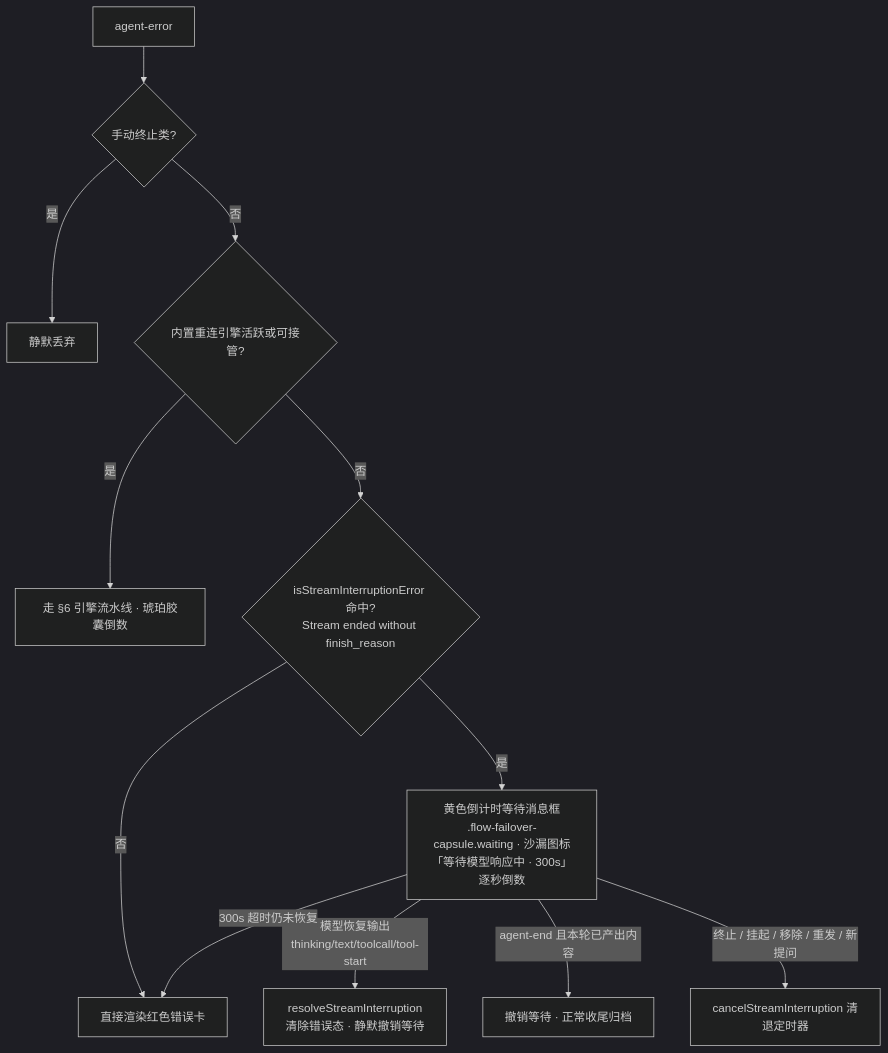
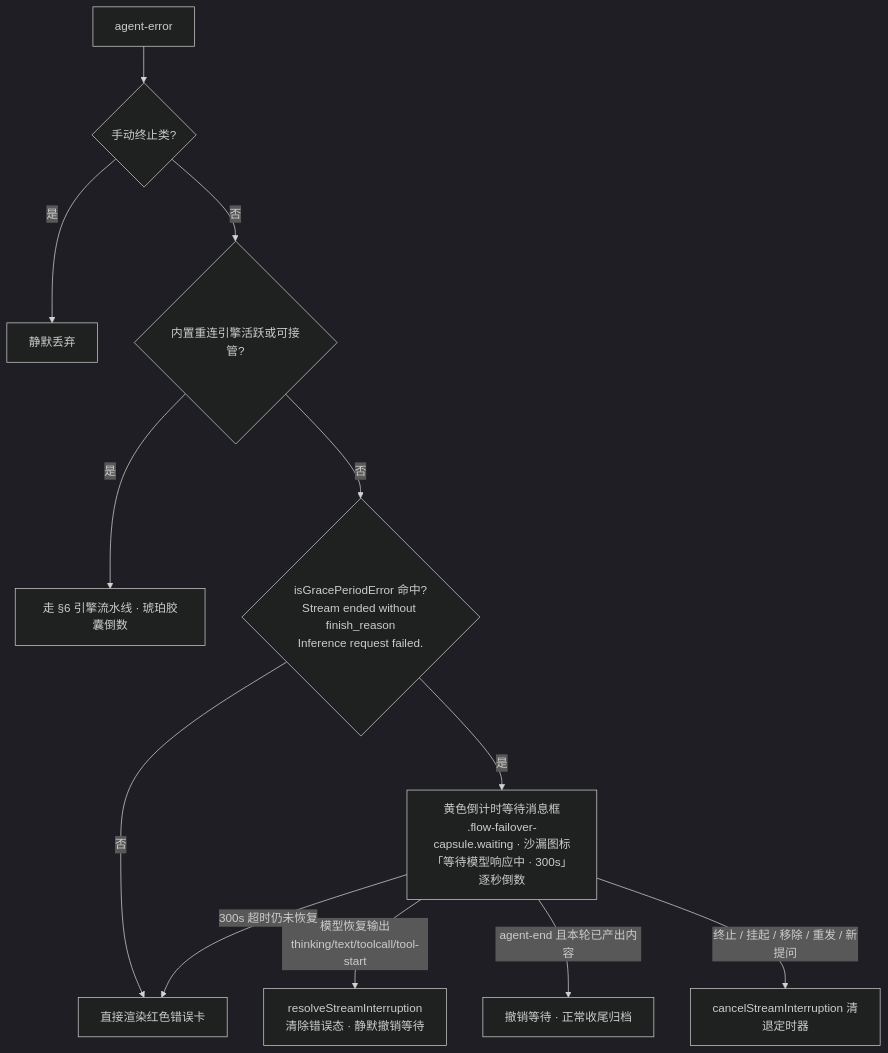
The second of 2 diagrams in .agents/skills/flow-interaction-pattern/SKILL.md (jiangyinluwei/pi-desktop-lite), drawn with Mermaid (dark theme) before and after one commit. The commit also changed other lines of this file and 9 other files, not shown here.

````diff
--- a/.agents/skills/flow-interaction-pattern/SKILL.md
+++ b/.agents/skills/flow-interaction-pattern/SKILL.md
@@ -183,14 +183,14 @@
 ```mermaid
 flowchart TD
     Err[agent-error] --> Abort{手动终止类?}
     Abort -->|是| Drop[静默丢弃]
     Abort -->|否| Engine{内置重连引擎活跃或可接管?}
     Engine -->|是| Failover[走 §6 引擎流水线 · 琥珀胶囊倒数]
-    Engine -->|否| Stream{isStreamInterruptionError 命中?<br/>Stream ended without finish_reason}
+    Engine -->|否| Stream{isGracePeriodError 命中?<br/>Stream ended without finish_reason<br/>Inference request failed.}
     Stream -->|否| Red[直接渲染红色错误卡]
     Stream -->|是| Yellow[黄色倒计时等待消息框<br/>.flow-failover-capsule.waiting · 沙漏图标<br/>「等待模型响应中 · 300s」逐秒倒数]
     Yellow -->|模型恢复输出<br/>thinking/text/toolcall/tool-start| Recover[resolveStreamInterruption<br/>清除错误态 · 静默撤销等待]
     Yellow -->|agent-end 且本轮已产出内容| Normal[撤销等待 · 正常收尾归档]
     Yellow -->|终止 / 挂起 / 移除 / 重发 / 新提问| Cancel[cancelStreamInterruption 清退定时器]
     Yellow -->|300s 超时仍未恢复| Red
 ```
````
